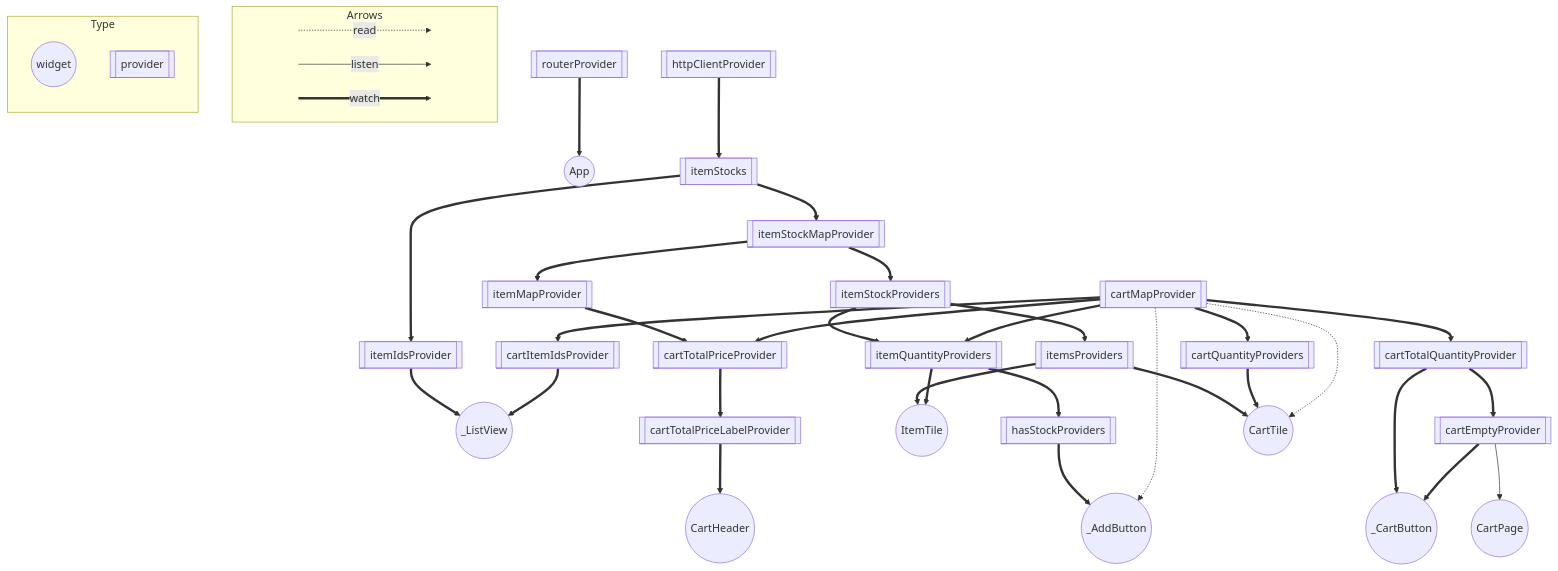
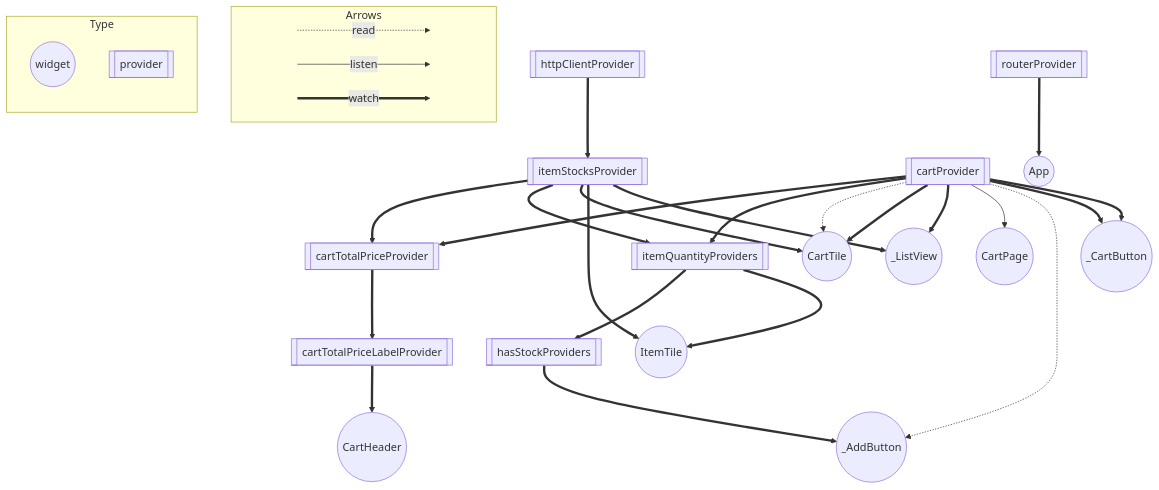
One commit to mono0926/wdb106-flutter changed the diagram in README.md. Above: the diagram before and after it, drawn with Mermaid.

Commit message:
Update mermaid

````diff
--- a/README.md
+++ b/README.md
@@ -26,77 +26,59 @@
 ```mermaid
 flowchart TB
   subgraph Arrows
     direction LR
     start1[ ] -..->|read| stop1[ ]
     style start1 height:0px;
     style stop1 height:0px;
     start2[ ] --->|listen| stop2[ ]
     style start2 height:0px;
     style stop2 height:0px;
     start3[ ] ===>|watch| stop3[ ]
     style start3 height:0px;
     style stop3 height:0px;
   end
 
   subgraph Type
     direction TB
     ConsumerWidget((widget));
     Provider[[provider]];
   end
   _ListView((_ListView));
-  itemIdsProvider ==> _ListView;
+  itemStocksProvider ==> _ListView;
   _CartButton((_CartButton));
-  cartTotalQuantityProvider ==> _CartButton;
-  cartEmptyProvider ==> _CartButton;
+  cartProvider ==> _CartButton;
+  cartProvider ==> _CartButton;
   ItemTile((ItemTile));
-  itemsProviders ==> ItemTile;
+  itemStocksProvider ==> ItemTile;
   itemQuantityProviders ==> ItemTile;
   _AddButton((_AddButton));
   hasStockProviders ==> _AddButton;
-  cartMapProvider -.-> _AddButton;
+  cartProvider -.-> _AddButton;
   CartPage((CartPage));
-  cartEmptyProvider --> CartPage;
+  cartProvider --> CartPage;
   _ListView((_ListView));
-  cartItemIdsProvider ==> _ListView;
+  cartProvider ==> _ListView;
   CartHeader((CartHeader));
   cartTotalPriceLabelProvider ==> CartHeader;
   CartTile((CartTile));
-  itemsProviders ==> CartTile;
-  cartQuantityProviders ==> CartTile;
-  cartMapProvider -.-> CartTile;
+  itemStocksProvider ==> CartTile;
+  cartProvider ==> CartTile;
+  cartProvider -.-> CartTile;
   App((App));
   routerProvider ==> App;
-  itemStocks[[itemStocks]];
-  httpClientProvider ==> itemStocks;
+  itemStocksProvider[[itemStocksProvider]];
+  httpClientProvider ==> itemStocksProvider;
   httpClientProvider[[httpClientProvider]];
-  itemStockMapProvider[[itemStockMapProvider]];
-  itemStocks ==> itemStockMapProvider;
-  itemMapProvider[[itemMapProvider]];
-  itemStockMapProvider ==> itemMapProvider;
-  itemIdsProvider[[itemIdsProvider]];
-  itemStocks ==> itemIdsProvider;
-  itemStockProviders[[itemStockProviders]];
-  itemStockMapProvider ==> itemStockProviders;
-  itemsProviders[[itemsProviders]];
-  itemStockProviders ==> itemsProviders;
   itemQuantityProviders[[itemQuantityProviders]];
-  itemStockProviders ==> itemQuantityProviders;
-  cartMapProvider ==> itemQuantityProviders;
-  cartMapProvider[[cartMapProvider]];
+  itemStocksProvider ==> itemQuantityProviders;
+  cartProvider ==> itemQuantityProviders;
+  cartProvider[[cartProvider]];
   hasStockProviders[[hasStockProviders]];
   itemQuantityProviders ==> hasStockProviders;
-  cartEmptyProvider[[cartEmptyProvider]];
-  cartTotalQuantityProvider ==> cartEmptyProvider;
-  cartTotalQuantityProvider[[cartTotalQuantityProvider]];
-  cartMapProvider ==> cartTotalQuantityProvider;
   cartTotalPriceLabelProvider[[cartTotalPriceLabelProvider]];
   cartTotalPriceProvider ==> cartTotalPriceLabelProvider;
   cartTotalPriceProvider[[cartTotalPriceProvider]];
-  itemMapProvider ==> cartTotalPriceProvider;
-  cartMapProvider ==> cartTotalPriceProvider;
-  cartQuantityProviders[[cartQuantityProviders]];
-  cartMapProvider ==> cartQuantityProviders;
-  cartItemIdsProvider[[cartItemIdsProvider]];
-  cartMapProvider ==> cartItemIdsProvider;
+  cartProvider ==> cartTotalPriceProvider;
+  itemStocksProvider ==> cartTotalPriceProvider;
   routerProvider[[routerProvider]];
   ```
````
